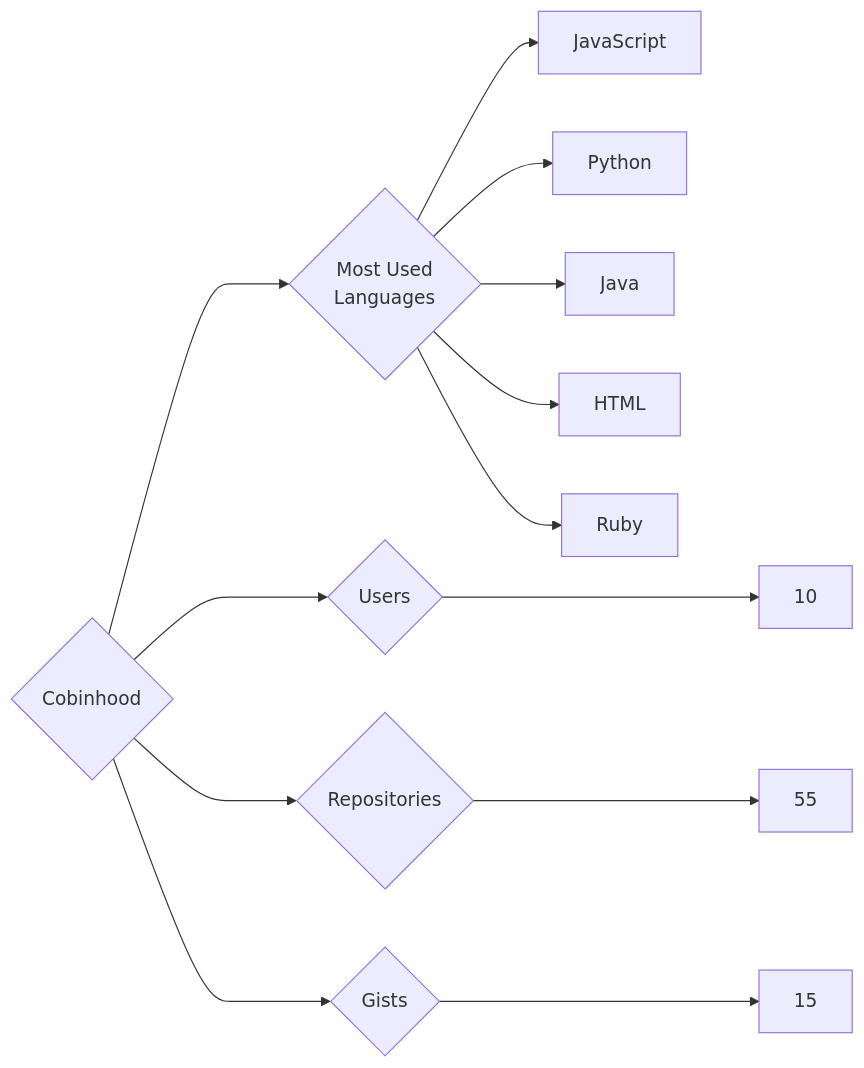
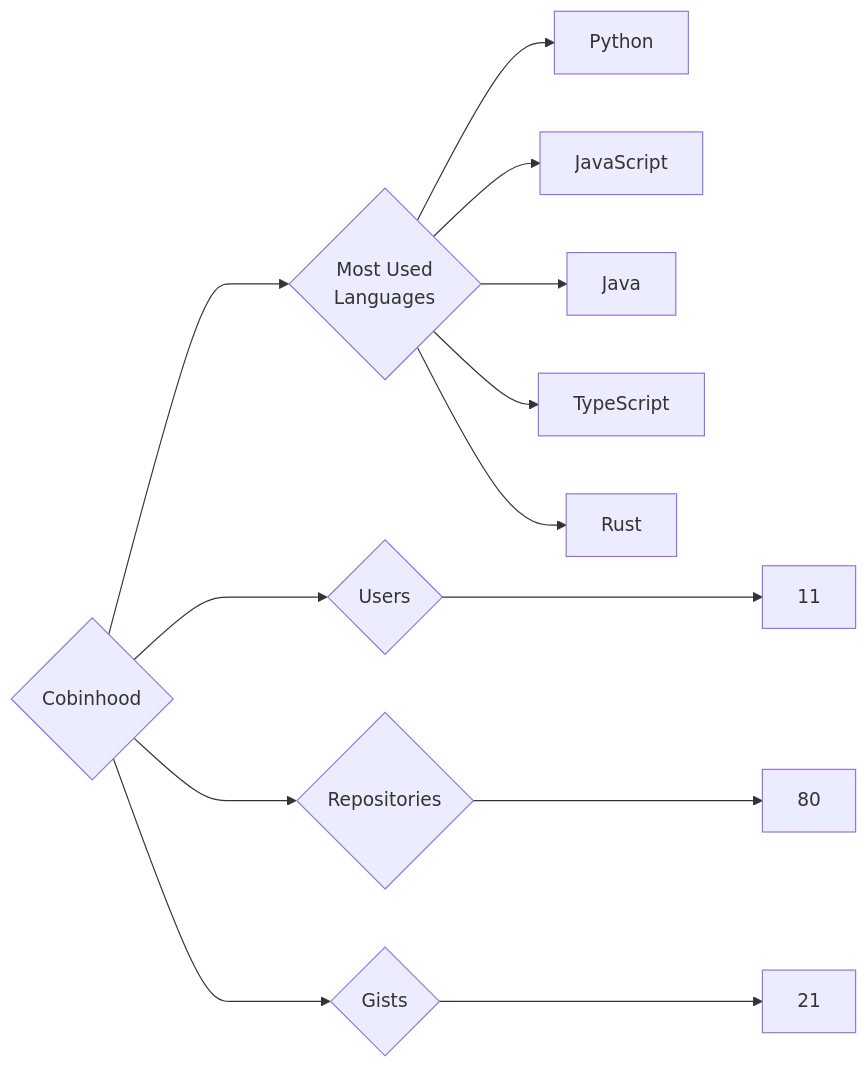
One commit to trickest/insiders changed the diagram in targets/Cobinhood/README.md. Above: the diagram before and after it, drawn with Mermaid. The commit also changed 1023 other files, not shown here.

````diff
--- a/targets/Cobinhood/README.md
+++ b/targets/Cobinhood/README.md
@@ -3,13 +3,13 @@
 ```mermaid
 graph LR
 COMPANY_NAME{Cobinhood}
-COMPANY_NAME ---> U{Users} ---> UN[10]
-COMPANY_NAME ---> R{Repositories} ---> RN[55]
-COMPANY_NAME ---> G{Gists} ---> GN[15]
+COMPANY_NAME ---> U{Users} ---> UN[11]
+COMPANY_NAME ---> R{Repositories} ---> RN[80]
+COMPANY_NAME ---> G{Gists} ---> GN[21]
 COMPANY_NAME ---> ML{Most Used<br>Languages}
+ML --> Python[Python]
 ML --> JavaScript[JavaScript]
-ML --> Python[Python]
 ML --> Java[Java]
-ML --> HTML[HTML]
-ML --> Ruby[Ruby]
+ML --> TypeScript[TypeScript]
+ML --> Rust[Rust]
 ```
````
